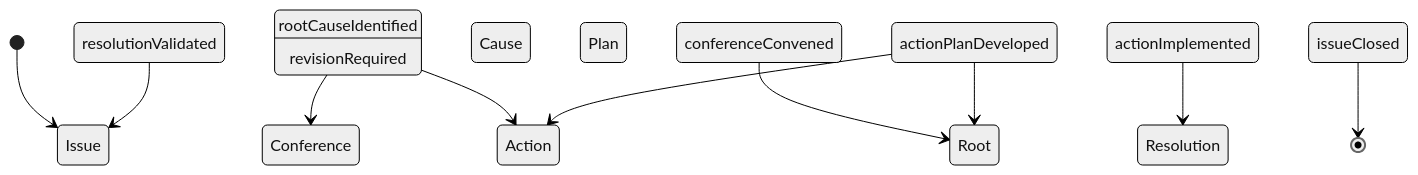
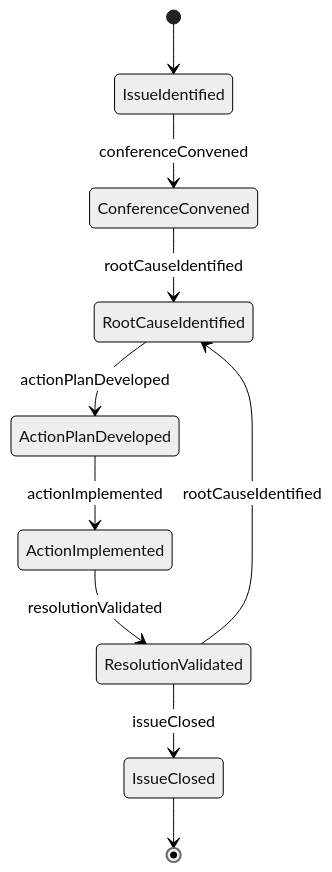
The second of 4 diagrams in CommunicatingWithSupervisorsPeersOrSubordinates/CoordinateWithOthersToResolveProblems/ConferOthersResolveProductionProblems.mdx (dot-org-ai/tasks.org.ai), drawn with Mermaid (neutral theme) before and after one commit. The commit also changed other lines of this file and 515 other files, not shown here.

````diff
--- a/CommunicatingWithSupervisorsPeersOrSubordinates/CoordinateWithOthersToResolveProblems/ConferOthersResolveProductionProblems.mdx
+++ b/CommunicatingWithSupervisorsPeersOrSubordinates/CoordinateWithOthersToResolveProblems/ConferOthersResolveProductionProblems.mdx
@@ -99,12 +99,12 @@
 ```mermaid
 stateDiagram-v2
-    [*] --> Issue Identified
-    Issue Identified --> Conference Convened : conferenceConvened
-    Conference Convened --> Root Cause Identified : rootCauseIdentified
-    Root Cause Identified --> Action Plan Developed : actionPlanDeveloped
-    Action Plan Developed --> Action Implemented : actionImplemented
-    Action Implemented --> Resolution Validated : resolutionValidated
-    Resolution Validated --> Issue Closed : issueClosed
-    Action Plan Developed --> Root Cause Identified : revisionRequired
-    Issue Closed --> [*]
+    [*] --> IssueIdentified
+    IssueIdentified --> ConferenceConvened : conferenceConvened
+    ConferenceConvened --> RootCauseIdentified : rootCauseIdentified
+    RootCauseIdentified --> ActionPlanDeveloped : actionPlanDeveloped
+    ActionPlanDeveloped --> ActionImplemented : actionImplemented
+    ActionImplemented --> ResolutionValidated : resolutionValidated
+    ResolutionValidated --> IssueClosed : issueClosed
+    ResolutionValidated --> RootCauseIdentified : rootCauseIdentified
+    IssueClosed --> [*]
 ```
````
